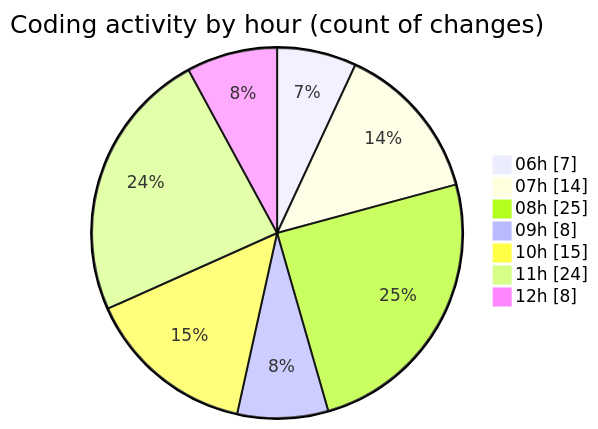
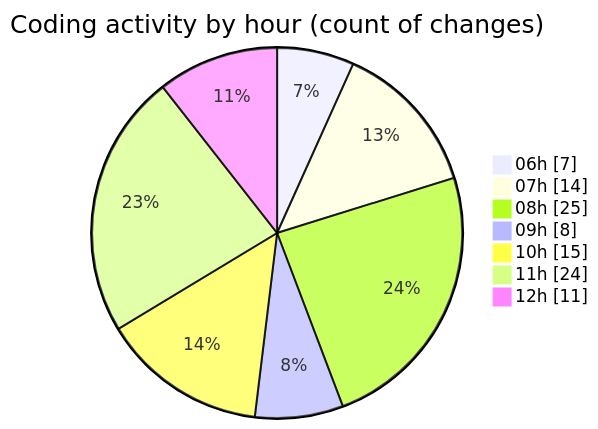
The second of 2 diagrams in 2025-04-18/zeytoon/README.md (vahidmafi/code-tracking), drawn with Mermaid before and after one commit. The commit also changed other lines of this file and 1 other file, not shown here.

````diff
--- a/2025-04-18/zeytoon/README.md
+++ b/2025-04-18/zeytoon/README.md
@@ -43,11 +44,11 @@
 ```mermaid
 pie showData
 title Coding activity by hour (count of changes)
 "06h" : 7
 "07h" : 14
 "08h" : 25
 "09h" : 8
 "10h" : 15
 "11h" : 24
-"12h" : 8
+"12h" : 11
 ```
````
